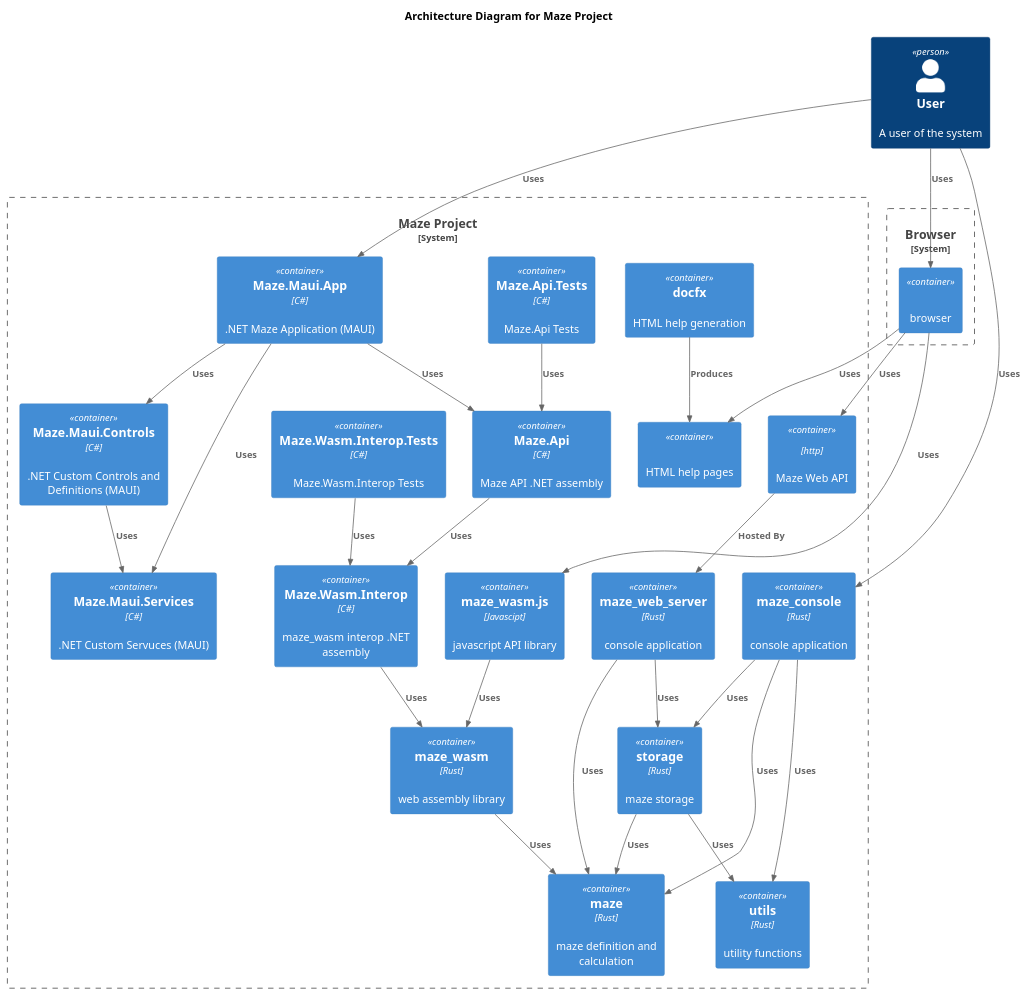
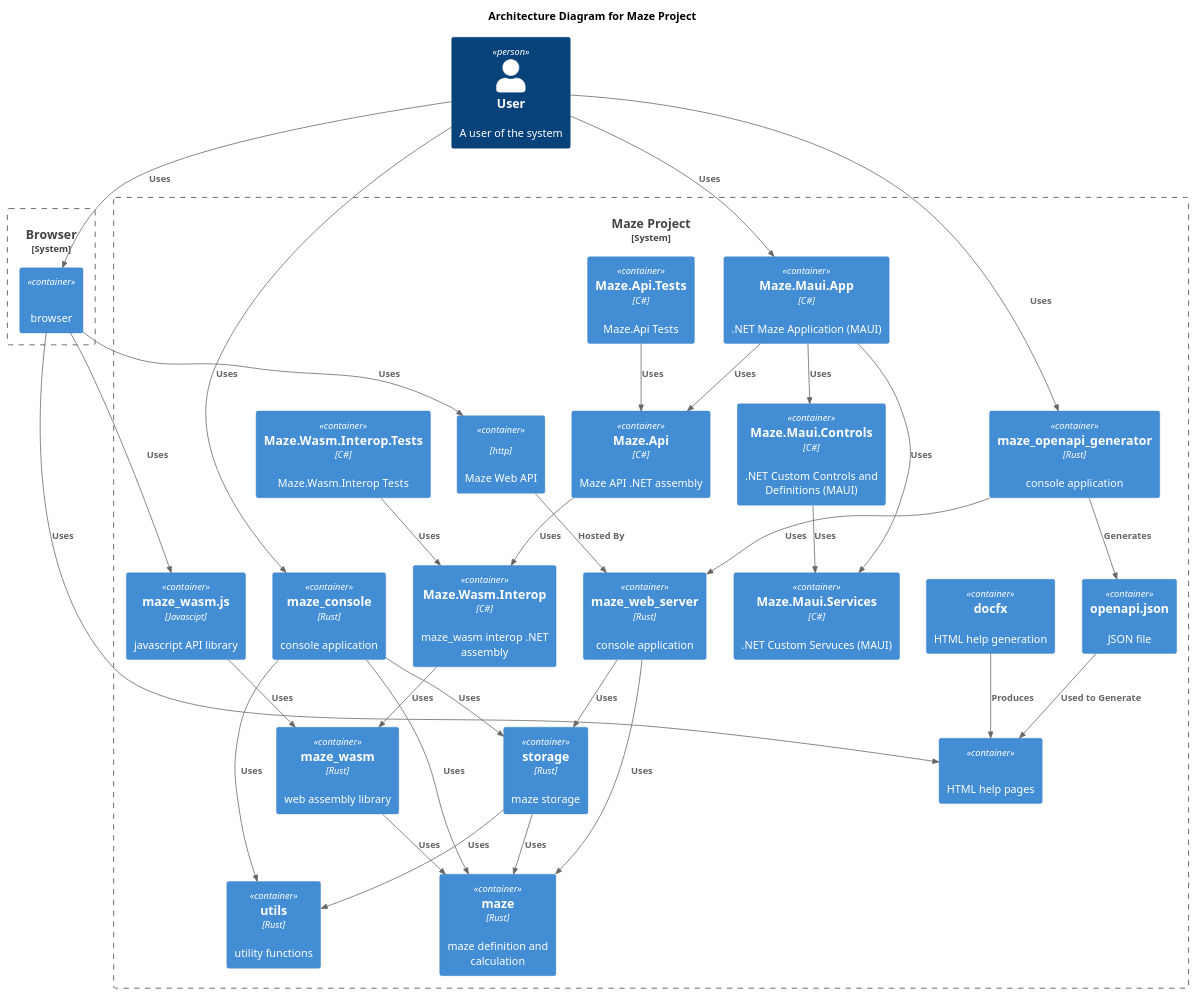
Before and after one commit to budgiedownunder/maze: the diagram in docs/diagrams/architecture.puml, drawn with PlantUML. The commit also changed 16 other files, not shown here.

Commit message:
Add 'maze_open_api_generator' for generating openapi.json

```diff
--- a/docs/diagrams/architecture.puml
+++ b/docs/diagrams/architecture.puml
@@ -2,59 +2,65 @@
 @startuml
 
 !include https://raw.githubusercontent.com/plantuml-stdlib/C4-PlantUML/master/C4_Container.puml
 
 title Architecture Diagram for Maze Project
 
 Person(user, "User", "A user of the system")
 
 System_Boundary(c1, "Browser") {
     Container(browser, "", "", "browser")
 }
 
 System_Boundary(c2, "Maze Project") {
     Container(html_help, "", "", "HTML help pages")
     Container(docfx, "docfx", "", "HTML help generation")
     Container(maze_maui_app_net, "Maze.Maui.App", "C#", ".NET Maze Application (MAUI)")
     Container(maze_maui_controls_net, "Maze.Maui.Controls", "C#", ".NET Custom Controls and Definitions (MAUI)")
     Container(maze_maui_services_net, "Maze.Maui.Services", "C#", ".NET Custom Servuces (MAUI)")
     Container(maze_api_net_tests, "Maze.Api.Tests", "C#", "Maze.Api Tests")
     Container(maze_api_net, "Maze.Api", "C#", "Maze API .NET assembly")
     Container(maze_wasm_interop_net_tests, "Maze.Wasm.Interop.Tests", "C#", "Maze.Wasm.Interop Tests")
     Container(maze_wasm_interop_net, "Maze.Wasm.Interop", "C#", "maze_wasm interop .NET assembly")
     Container(maze_wasm_js, "maze_wasm.js", "Javascipt", "javascript API library")
     Container(maze_wasm, "maze_wasm", "Rust", "web assembly library")
     Container(maze_console, "maze_console", "Rust", "console application")
     Container(maze_web_api, "", "http", "Maze Web API")
     Container(maze_web_server, "maze_web_server", "Rust", "console application")
+    Container(maze_openapi_generator, "maze_openapi_generator", "Rust", "console application")
+    Container(openapi_json, "openapi.json", "", "JSON file")
     Container(storage, "storage", "Rust", "maze storage")
     Container(maze, "maze", "Rust", "maze definition and calculation")
     Container(utils, "utils", "Rust", "utility functions")
 }
 
 Rel(user, browser, "Uses")
 Rel(browser, html_help, "Uses")
 Rel(browser, maze_wasm_js, "Uses")
 Rel(docfx, html_help, "Produces")
 Rel(user, maze_console, "Uses")
 Rel(maze_console, maze, "Uses")
 Rel(maze_console, storage, "Uses")
 Rel(maze_console, utils, "Uses")
 Rel(browser, maze_web_api, "Uses")
 Rel(maze_web_api, maze_web_server, "Hosted By")
 Rel(maze_web_server, maze, "Uses")
 Rel(maze_web_server, storage, "Uses")
+Rel(user, maze_openapi_generator, "Uses")
+Rel(maze_openapi_generator, maze_web_server, "Uses")
+Rel(maze_openapi_generator, openapi_json, "Generates")
+Rel(openapi_json, html_help, "Used to Generate")
 Rel(user, maze_maui_app_net, "Uses")
 Rel(maze_maui_app_net, maze_maui_controls_net, "Uses")
 Rel(maze_maui_app_net, maze_maui_services_net, "Uses")
 Rel(maze_maui_app_net, maze_api_net, "Uses")
 Rel(maze_maui_controls_net, maze_maui_services_net, "Uses")
 Rel(maze_api_net_tests, maze_api_net, "Uses")
 Rel(maze_api_net, maze_wasm_interop_net, "Uses")
 Rel(maze_wasm_interop_net_tests, maze_wasm_interop_net, "Uses")
 Rel(maze_wasm_interop_net, maze_wasm, "Uses")
 Rel(maze_wasm_js, maze_wasm, "Uses")
 Rel(maze_wasm, maze, "Uses")
 Rel(storage, maze, "Uses")
 Rel(storage, utils, "Uses")
 
 @enduml
```
